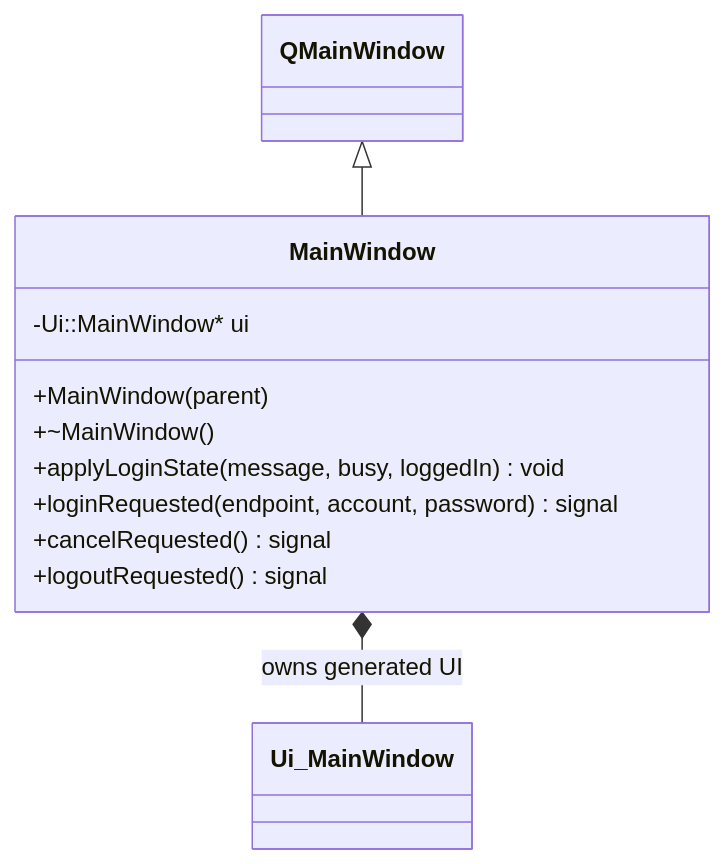
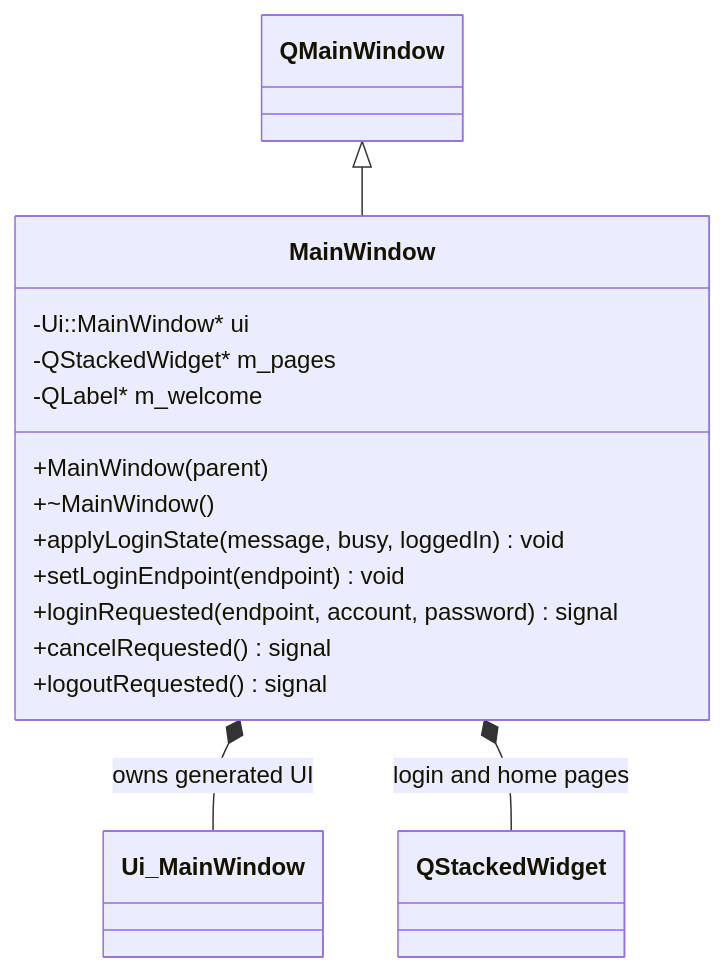
The diagram in docs/uml/classes/MainWindow.mmd (kingsman-svg/OBS), drawn with Mermaid before and after one commit. The commit also changed 29 other files, not shown here.

```diff
--- a/docs/uml/classes/MainWindow.mmd
+++ b/docs/uml/classes/MainWindow.mmd
@@ -1,12 +1,16 @@
 classDiagram
 class MainWindow {
   -Ui::MainWindow* ui
+  -QStackedWidget* m_pages
+  -QLabel* m_welcome
   +MainWindow(parent)
   +~MainWindow()
   +applyLoginState(message, busy, loggedIn) void
+  +setLoginEndpoint(endpoint) void
   +loginRequested(endpoint, account, password) signal
   +cancelRequested() signal
   +logoutRequested() signal
 }
 QMainWindow <|-- MainWindow
 MainWindow *-- Ui_MainWindow : owns generated UI
+MainWindow *-- QStackedWidget : login and home pages
```
